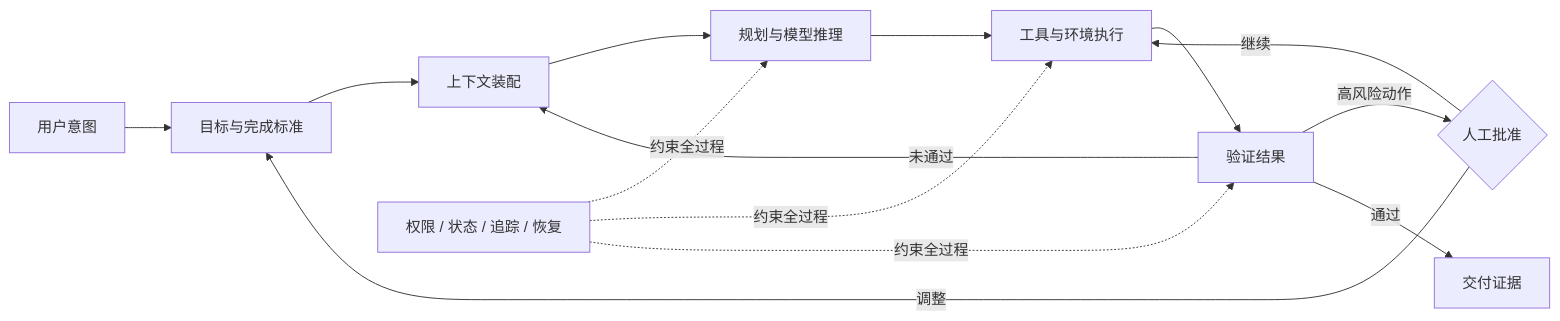
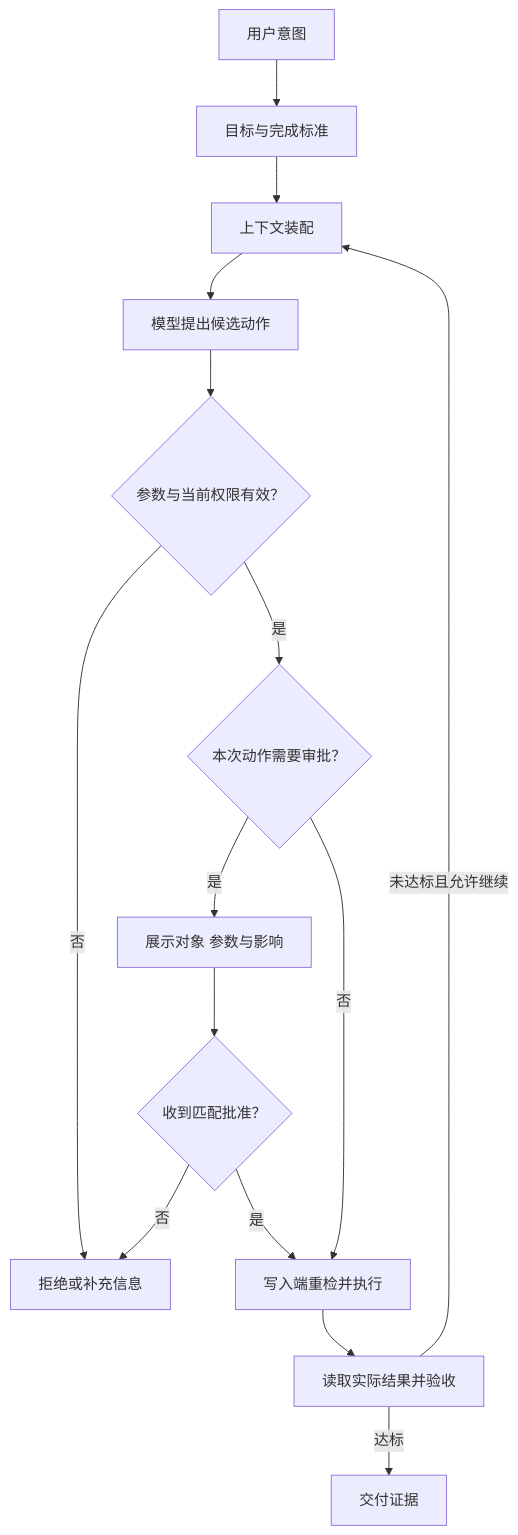
Before and after one commit to MarkingYang/aidea-lab: the first of 2 diagrams in src/content/writing/product-work-methodology.md, drawn with Mermaid. The commit also changed other lines of this file and 106 other files, not shown here.

Commit message:
content: complete full editorial optimization and harness architecture guide

````diff
--- a/src/content/writing/product-work-methodology.md
+++ b/src/content/writing/product-work-methodology.md
@@ -31,17 +26,17 @@
 ```mermaid
-flowchart LR
+flowchart TD
   A[用户意图] --> B[目标与完成标准]
   B --> C[上下文装配]
-  C --> D[规划与模型推理]
-  D --> E[工具与环境执行]
-  E --> F[验证结果]
-  F -->|未通过| C
-  F -->|高风险动作| G{人工批准}
-  G -->|继续| E
-  G -->|调整| B
-  F -->|通过| H[交付证据]
-
-S[权限 / 状态 / 追踪 / 恢复] -.约束全过程.-> D
-  S -.约束全过程.-> E
-  S -.约束全过程.-> F
+  C --> D[模型提出候选动作]
+  D --> P{参数与当前权限有效？}
+  P -->|否| X[拒绝或补充信息]
+  P -->|是| G{本次动作需要审批？}
+  G -->|是| W[展示对象 参数与影响]
+  W --> H{收到匹配批准？}
+  H -->|否| X
+  H -->|是| E[写入端重检并执行]
+  G -->|否| E
+  E --> F[读取实际结果并验收]
+  F -->|未达标且允许继续| C
+  F -->|达标| V[交付证据]
 ```
````
